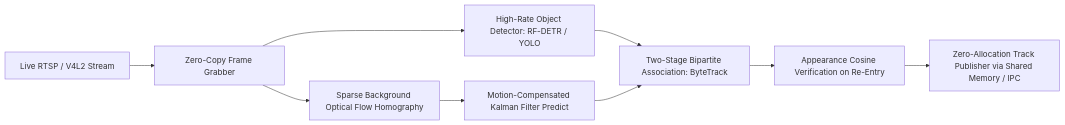
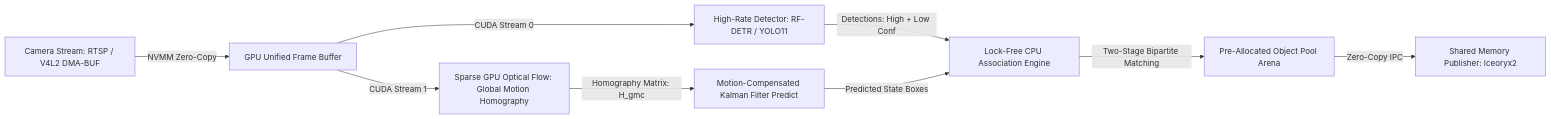
The first of 2 diagrams in topics/video-tracking/02-production-pipeline-and-workarounds.md (sergiomh499/cv-projects), drawn with Mermaid before and after one commit. The commit also changed other lines of this file and 41 other files, not shown here.

Commit message:
docs(vault): deep expansion across 20 topic production pipelines, 2025-2026 architectures (RF-DETR, Qwen2.5-VL, MambaVision), and complete taxonomy matrices

````diff
--- a/topics/video-tracking/02-production-pipeline-and-workarounds.md
+++ b/topics/video-tracking/02-production-pipeline-and-workarounds.md
@@ -29,12 +35,11 @@
 ```mermaid
 flowchart LR
-    Stream["Live RTSP / V4L2 Stream"] --> Ingest["Zero-Copy Frame Grabber"]
-    Ingest --> Det["High-Rate Object Detector: RF-DETR / YOLO"]
-    Ingest --> GMC["Sparse Background Optical Flow Homography"]
-    Det --> TwoStage["Two-Stage Bipartite Association: ByteTrack"]
-    GMC --> Kalman["Motion-Compensated Kalman Filter Predict"]
-    Kalman --> TwoStage
-    TwoStage --> ReID["Appearance Cosine Verification on Re-Entry"]
-    ReID --> Publisher["Zero-Allocation Track Publisher via Shared Memory / IPC"]
-
+    Sensor["Camera Stream: RTSP / V4L2 DMA-BUF"] -->|"NVMM Zero-Copy"| VRAM["GPU Unified Frame Buffer"]
+    VRAM -->|"CUDA Stream 0"| Det["High-Rate Detector: RF-DETR / YOLO11"]
+    VRAM -->|"CUDA Stream 1"| GMC["Sparse GPU Optical Flow: Global Motion Homography"]
+    Det -->|"Detections: High + Low Conf"| AssocEngine["Lock-Free CPU Association Engine"]
+    GMC -->|"Homography Matrix: H_gmc"| Kalman["Motion-Compensated Kalman Filter Predict"]
+    Kalman -->|"Predicted State Boxes"| AssocEngine
+    AssocEngine -->|"Two-Stage Bipartite Matching"| ActiveTracks["Pre-Allocated Object Pool Arena"]
+    ActiveTracks -->|"Zero-Copy IPC"| IPC["Shared Memory Publisher: Iceoryx2"]
 ```
````
